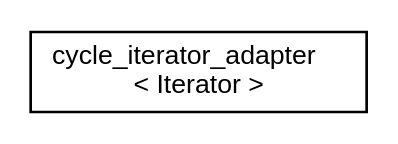
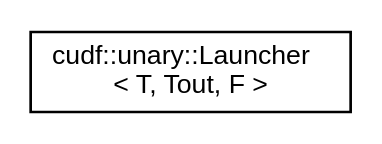
Before and after one commit to rapidsai/projects: the diagram in libcudf/0.8.0/inherit_graph_69.dot, drawn with Graphviz. The commit also changed 1293 other files, not shown here.

```diff
--- a/libcudf/0.8.0/inherit_graph_69.dot
+++ b/libcudf/0.8.0/inherit_graph_69.dot
@@ -1,7 +1,7 @@
 digraph "Graphical Class Hierarchy"
 {
   edge [fontname="Helvetica",fontsize="10",labelfontname="Helvetica",labelfontsize="10"];
   node [fontname="Helvetica",fontsize="10",shape=record];
   rankdir="LR";
-  Node0 [label="cycle_iterator_adapter\l\< Iterator \>",height=0.2,width=0.4,color="black", fillcolor="white", style="filled",URL="$classcycle__iterator__adapter.html"];
+  Node0 [label="cudf::unary::Launcher\l\< T, Tout, F \>",height=0.2,width=0.4,color="black", fillcolor="white", style="filled",URL="$structcudf_1_1unary_1_1Launcher.html"];
 }
```
